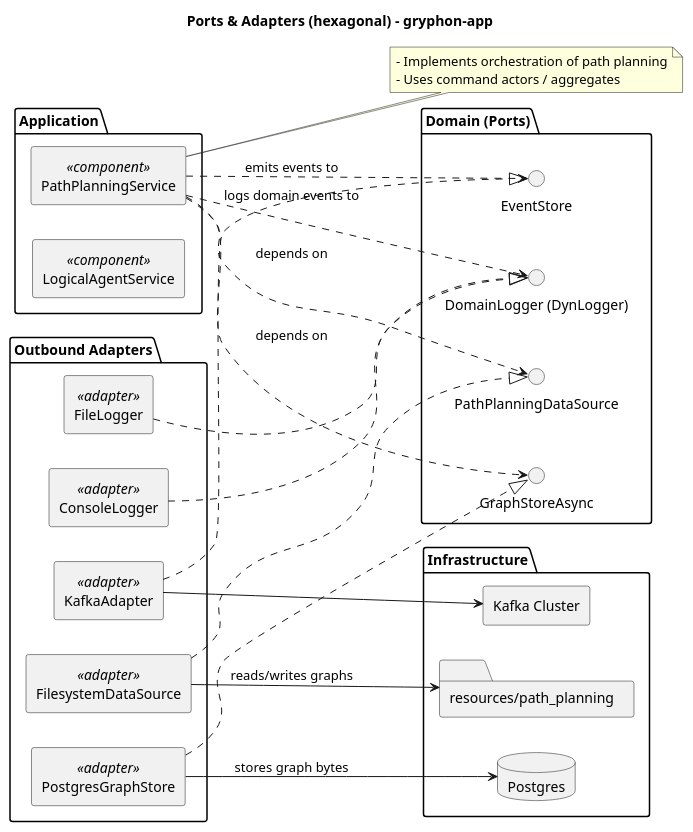
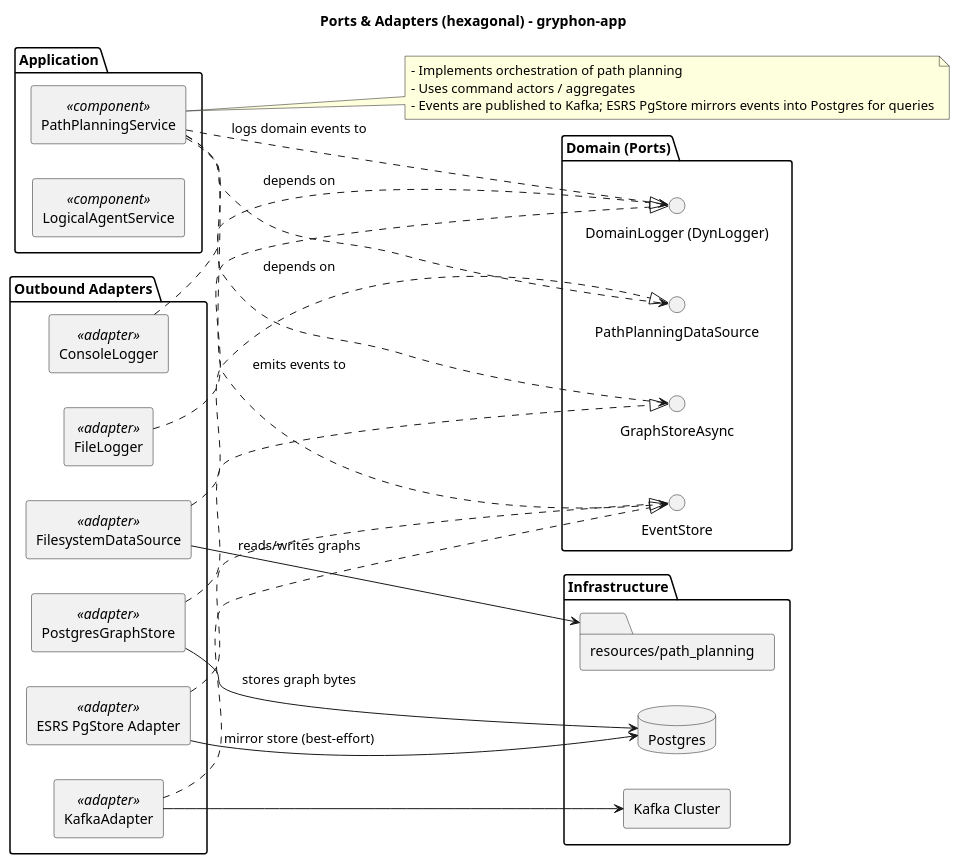
Before and after one commit to eikeschumann971/gryphon-app: the diagram in docs/diagrams/ports_adapters.puml, drawn with PlantUML. The commit also changed 12 other files, not shown here.

Commit message:
docs: update README and diagrams to reflect ESRS PgStore integration and operational details

```diff
--- a/docs/diagrams/ports_adapters.puml
+++ b/docs/diagrams/ports_adapters.puml
@@ -1,52 +1,56 @@
 @startuml
 title Ports & Adapters (hexagonal) - gryphon-app
 left to right direction
 skinparam componentStyle rectangle
 
 package "Application" {
   [PathPlanningService] <<component>>
   [LogicalAgentService] <<component>>
 }
 
 package "Domain (Ports)" {
   interface "GraphStoreAsync" as GraphStorePort
   interface "PathPlanningDataSource" as DataSourcePort
   interface "EventStore" as EventStorePort
   interface "DomainLogger (DynLogger)" as LoggerPort
 }
 
 package "Outbound Adapters" {
   component "FilesystemDataSource" as FS <<adapter>>
   component "PostgresGraphStore" as PG <<adapter>>
   component "KafkaAdapter" as KAFKA <<adapter>>
+    component "ESRS PgStore Adapter" as ESRS <<adapter>>
   component "FileLogger" as FILELOG <<adapter>>
   component "ConsoleLogger" as CONSLOG <<adapter>>
 }
 
 package "Infrastructure" {
   database "Postgres" as DB
   [Kafka Cluster]
   folder "resources/path_planning" as ASSETS
 }
 
 PathPlanningService ..> GraphStorePort : depends on
 PathPlanningService ..> DataSourcePort : depends on
 PathPlanningService ..> EventStorePort : emits events to
 PathPlanningService ..> LoggerPort : logs domain events to
 
 FS ..|> DataSourcePort
 PG ..|> GraphStorePort
 KAFKA ..|> EventStorePort
+ESRS ..|> EventStorePort
 FILELOG ..|> LoggerPort
 CONSLOG ..|> LoggerPort
 
 PG --> DB : stores graph bytes
 FS --> ASSETS : reads/writes graphs
 KAFKA --> [Kafka Cluster]
+ESRS --> DB : mirror store (best-effort)
 
 note right of PathPlanningService
   - Implements orchestration of path planning
   - Uses command actors / aggregates
+  - Events are published to Kafka; ESRS PgStore mirrors events into Postgres for queries
 end note
 
 @enduml
```
